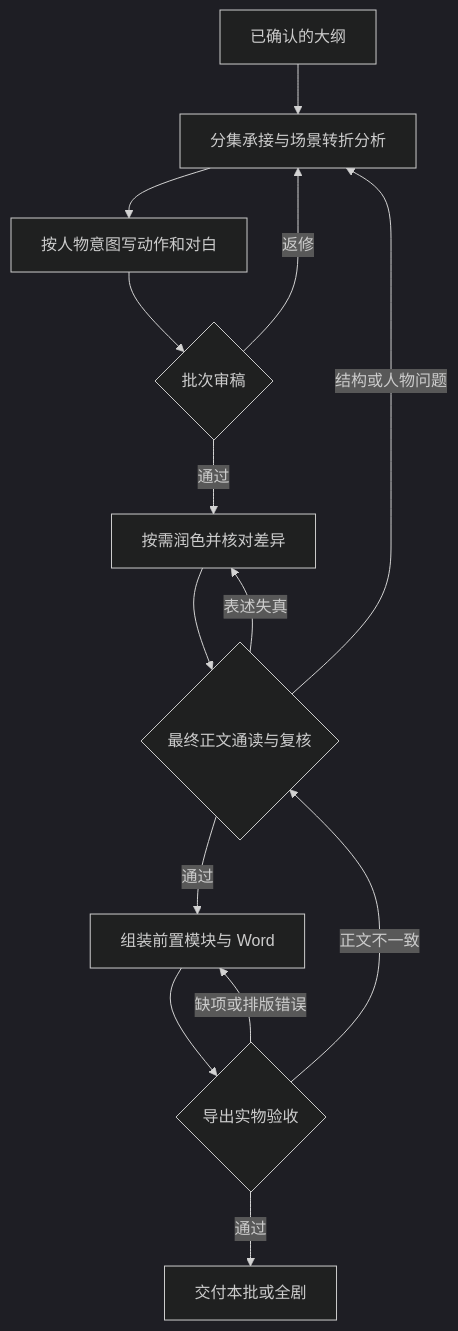
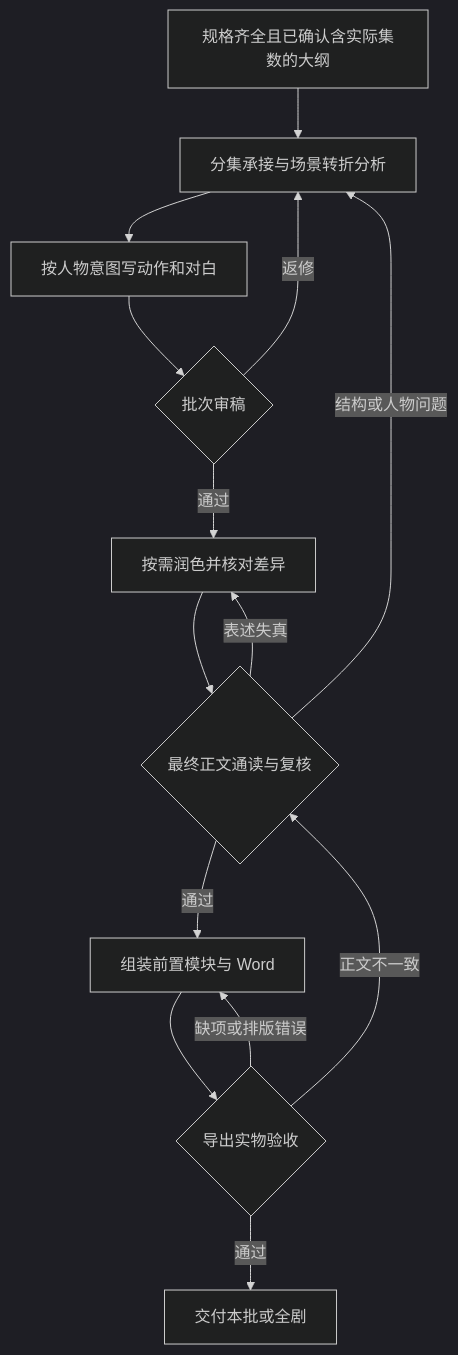
One commit to CodeBlueFriend/mm-write-short-drama changed the second of 3 diagrams in README.md. Above: the diagram before and after it, drawn with Mermaid (dark theme). The commit also changed other lines of this file and 26 other files, not shown here.

````diff
--- a/README.md
+++ b/README.md
@@ -41,16 +48,16 @@
 ```mermaid
 flowchart TD
-    A["已确认的大纲"] --> B["分集承接与场景转折分析"]
+    A["规格齐全且已确认含实际集数的大纲"] --> B["分集承接与场景转折分析"]
     B --> C["按人物意图写动作和对白"]
     C --> D{"批次审稿"}
     D -->|返修| B
     D -->|通过| E["按需润色并核对差异"]
     E --> F{"最终正文通读与复核"}
     F -->|结构或人物问题| B
     F -->|表述失真| E
     F -->|通过| G["组装前置模块与 Word"]
     G --> H{"导出实物验收"}
     H -->|缺项或排版错误| G
     H -->|正文不一致| F
     H -->|通过| I["交付本批或全剧"]
 ```
````
